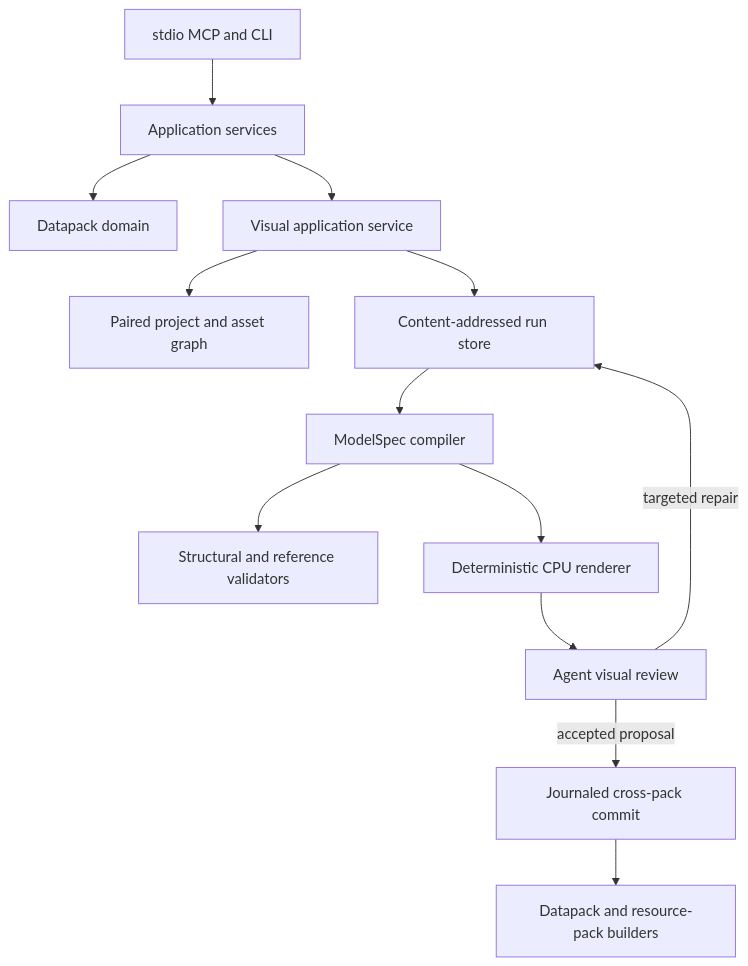
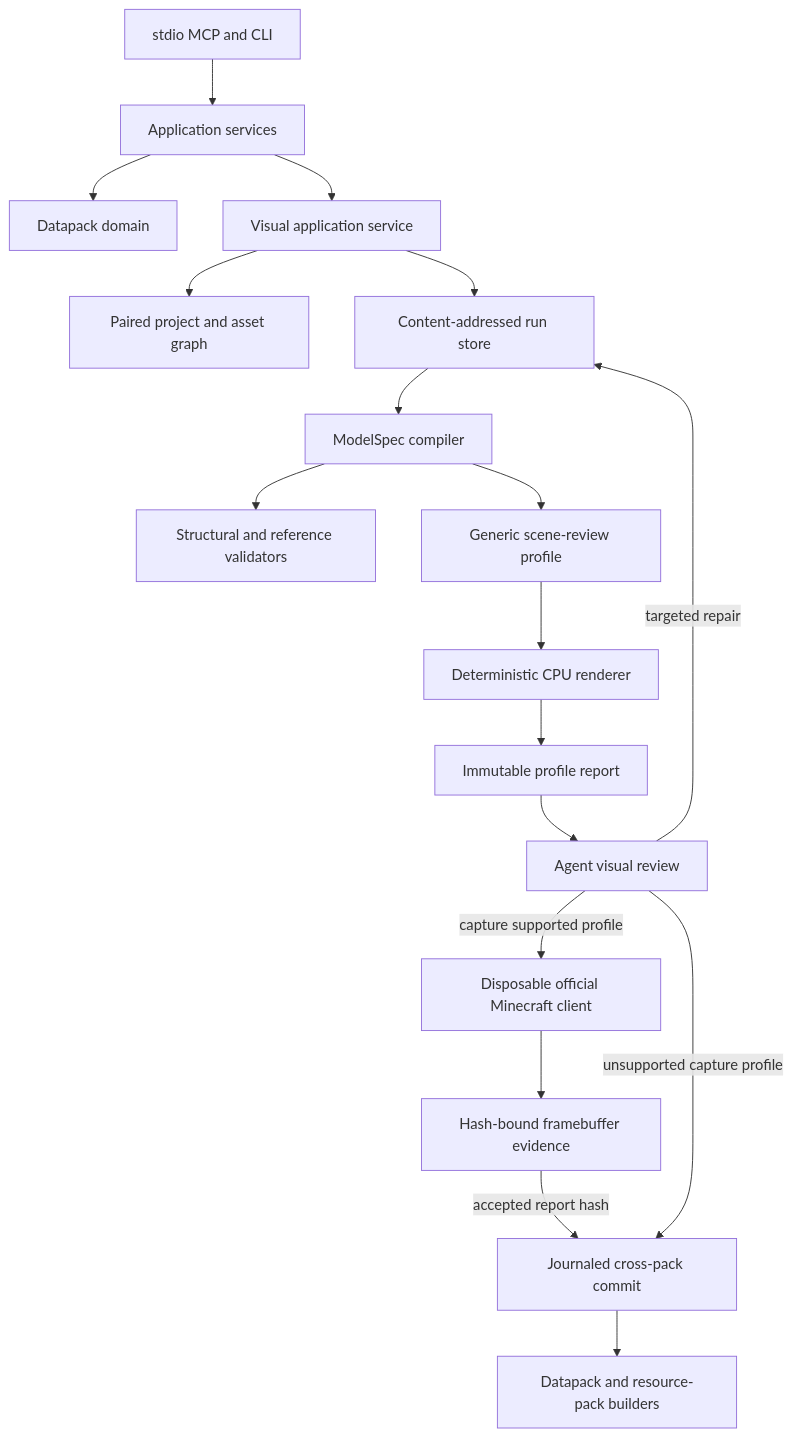
The diagram in docs/architecture.md (rithwikbabu/packwright-mcp), drawn with Mermaid before and after one commit. The commit also changed other lines of this file and 107 other files, not shown here.

First line of the commit message:
Release Packwright 0.4.0 with official Minecraft renderer capture (#11)

````diff
--- a/docs/architecture.md
+++ b/docs/architecture.md
@@ -7,15 +7,20 @@
 ```mermaid
 flowchart TD
     A["stdio MCP and CLI"] --> B["Application services"]
     B --> C["Datapack domain"]
     B --> D["Visual application service"]
     D --> E["Paired project and asset graph"]
     D --> F["Content-addressed run store"]
     F --> G["ModelSpec compiler"]
     G --> H["Structural and reference validators"]
-    G --> I["Deterministic CPU renderer"]
-    I --> J["Agent visual review"]
-    J -->|"targeted repair"| F
-    J -->|"accepted proposal"| K["Journaled cross-pack commit"]
+    G --> I["Generic scene-review profile"]
+    I --> J["Deterministic CPU renderer"]
+    J --> M["Immutable profile report"]
+    M --> N["Agent visual review"]
+    N -->|"targeted repair"| F
+    N -->|"capture supported profile"| O["Disposable official Minecraft client"]
+    O --> P["Hash-bound framebuffer evidence"]
+    P -->|"accepted report hash"| K["Journaled cross-pack commit"]
+    N -->|"unsupported capture profile"| K
     K --> L["Datapack and resource-pack builders"]
 ```
````
